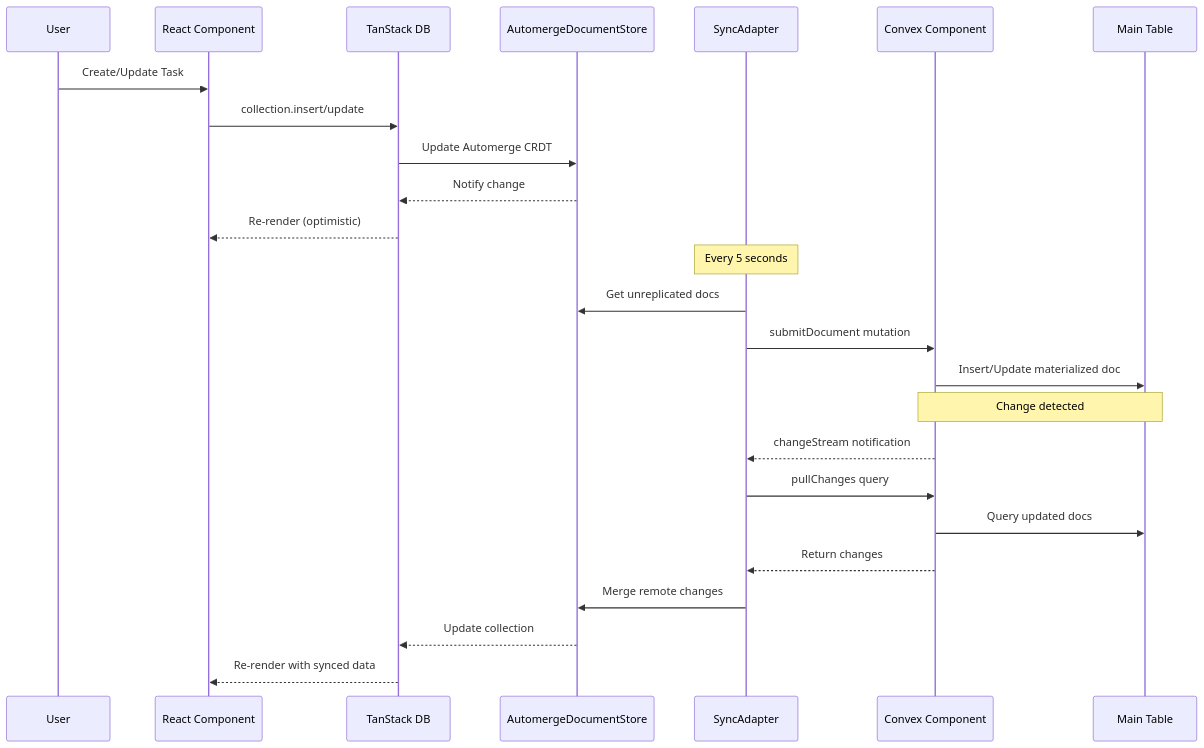
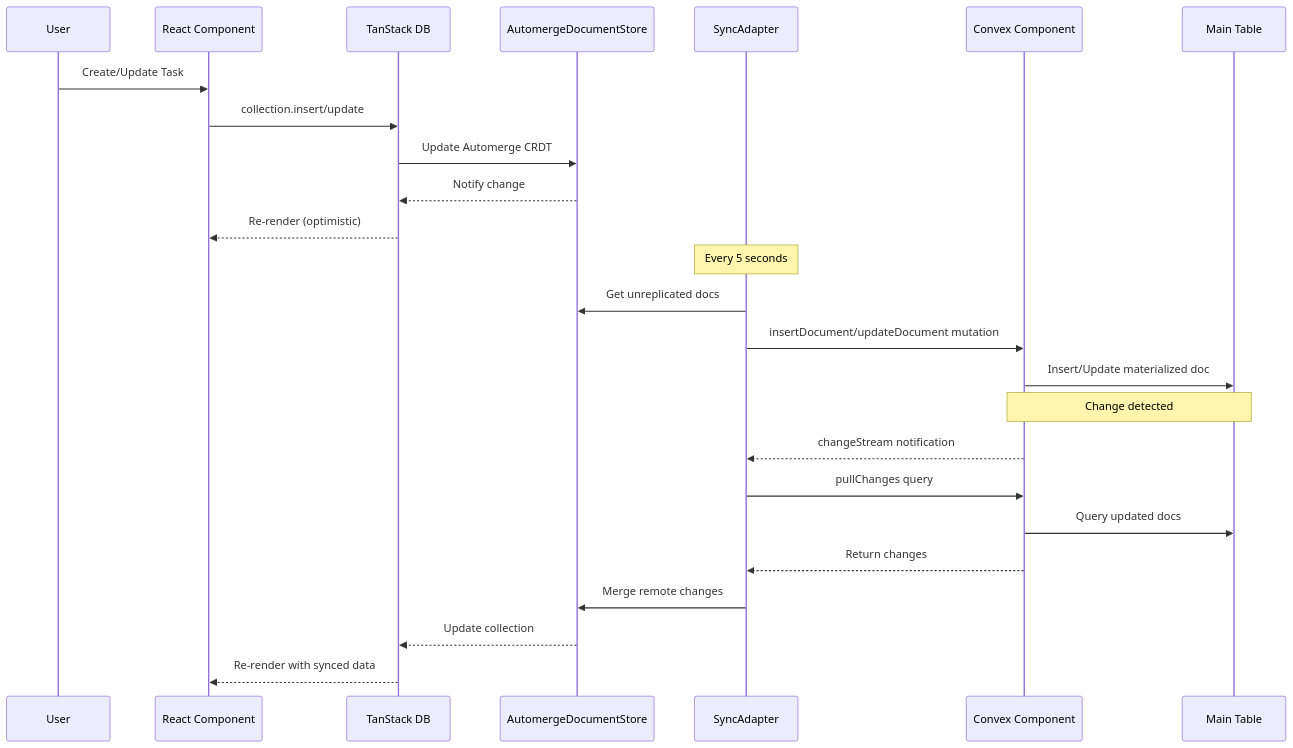
One commit to trestleinc/convex-replicate changed the second of 3 diagrams in README.md. Above: the diagram before and after it, drawn with Mermaid. The commit also changed other lines of this file, not shown here.

First line of the commit message:
Update README.md to reflect CRDT bytes API and current architecture

````diff
--- a/README.md
+++ b/README.md
@@ -44,30 +44,30 @@
 ```mermaid
 sequenceDiagram
     participant User
     participant UI as React Component
     participant TDB as TanStack DB
     participant Store as AutomergeDocumentStore
     participant Sync as SyncAdapter
     participant Convex as Convex Component
     participant Table as Main Table
 
     User->>UI: Create/Update Task
     UI->>TDB: collection.insert/update
     TDB->>Store: Update Automerge CRDT
     Store-->>TDB: Notify change
     TDB-->>UI: Re-render (optimistic)
 
     Note over Sync: Every 5 seconds
     Sync->>Store: Get unreplicated docs
-    Sync->>Convex: submitDocument mutation
+    Sync->>Convex: insertDocument/updateDocument mutation
     Convex->>Table: Insert/Update materialized doc
 
     Note over Convex,Table: Change detected
     Convex-->>Sync: changeStream notification
     Sync->>Convex: pullChanges query
     Convex->>Table: Query updated docs
     Convex-->>Sync: Return changes
     Sync->>Store: Merge remote changes
     Store-->>TDB: Update collection
     TDB-->>UI: Re-render with synced data
 ```
````
